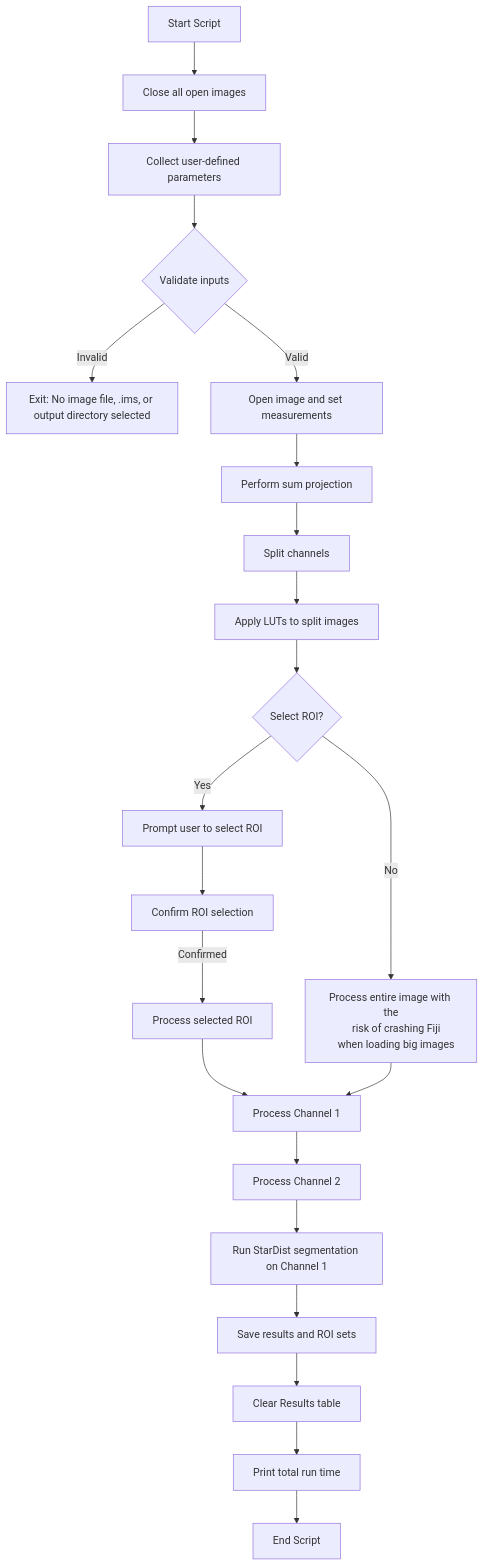
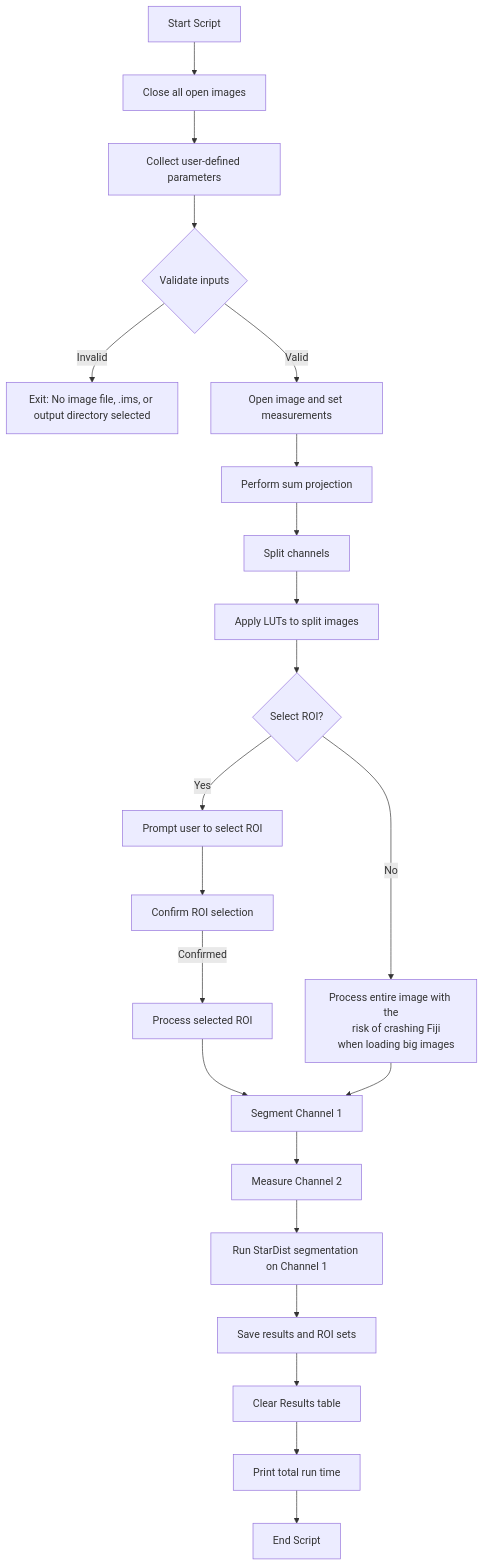
The diagram in README.md (Daniel-Waiger/Mouse-Brain-CFOS-Analysis), drawn with Mermaid before and after one commit.

````diff
--- a/README.md
+++ b/README.md
@@ -78,26 +78,26 @@
 ```mermaid
 graph TD
     A[Start Script] --> B[Close all open images]
     B --> C[Collect user-defined parameters]
     C --> D{Validate inputs}
     D -->|Invalid| E[Exit: No image file, .ims, or output directory selected]
     D -->|Valid| F[Open image and set measurements]
     F --> G[Perform sum projection]
     G --> H[Split channels]
     H --> I[Apply LUTs to split images]
     I --> J{Select ROI?}
     J -->|Yes| K[Prompt user to select ROI]
     K --> L[Confirm ROI selection]
     L -->|Confirmed| M[Process selected ROI]
     J -->|No| N[Process entire image with the
     risk of crashing Fiji
     when loading big images]
     M --> O[Process Channel 1]
-    N --> O[Process Channel 1]
-    O --> P[Process Channel 2]
+    N --> O[Segment Channel 1]
+    O --> P[Measure Channel 2]
     P --> Q[Run StarDist segmentation on Channel 1]
     Q --> R[Save results and ROI sets]
     R --> S[Clear Results table]
     S --> T[Print total run time]
     T --> U[End Script]
 ```
````
